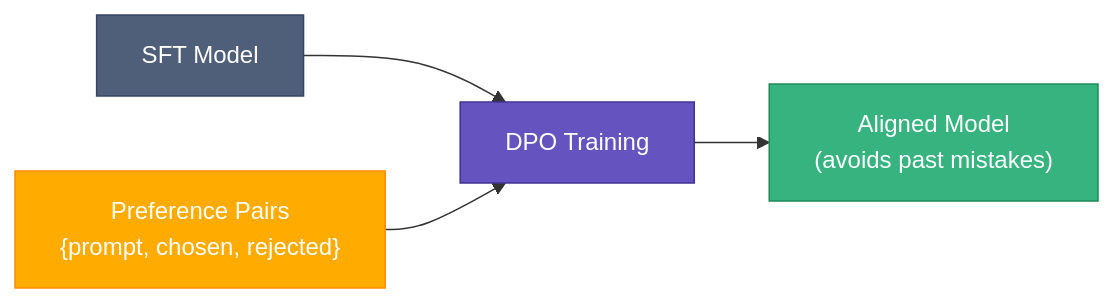
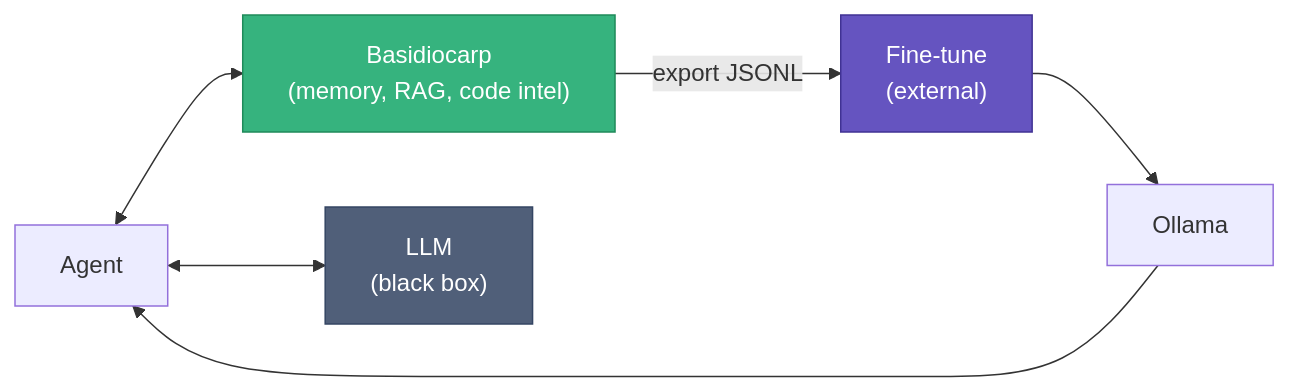
Before and after one commit to basidiocarp/.github: the first of 2 diagrams in docs/LLM-TRAINING.md, drawn with Mermaid. The commit also changed other lines of this file, not shown here.

Commit message:
docs: rewrite training guide — cleaner voice, tighter diagrams

````diff
--- a/docs/LLM-TRAINING.md
+++ b/docs/LLM-TRAINING.md
@@ -76,11 +11,11 @@
 ```mermaid
 flowchart LR
-    SFT["SFT Model"] --> DPO["DPO Training"]
-    Pairs["Preference Pairs<br/>{prompt, chosen, rejected}"] --> DPO
-    DPO --> Aligned["Aligned Model<br/>(avoids past mistakes)"]
+    Agent["Agent"] <--> Eco["Basidiocarp\n(memory, RAG, code intel)"]
+    Agent <--> Model["LLM\n(black box)"]
+    Eco -->|"export JSONL"| Train["Fine-tune\n(external)"]
+    Train --> Serve["Ollama"] --> Agent
 
-    style SFT fill:#505f79,stroke:#344563,color:#fff
-    style DPO fill:#6554c0,stroke:#403294,color:#fff
-    style Aligned fill:#36b37e,stroke:#1f8a5a,color:#fff
-    style Pairs fill:#ffab00,stroke:#ff8b00,color:#fff
+    style Eco fill:#36b37e,stroke:#1f8a5a,color:#fff
+    style Train fill:#6554c0,stroke:#403294,color:#fff
+    style Model fill:#505f79,stroke:#344563,color:#fff
 ```
````
